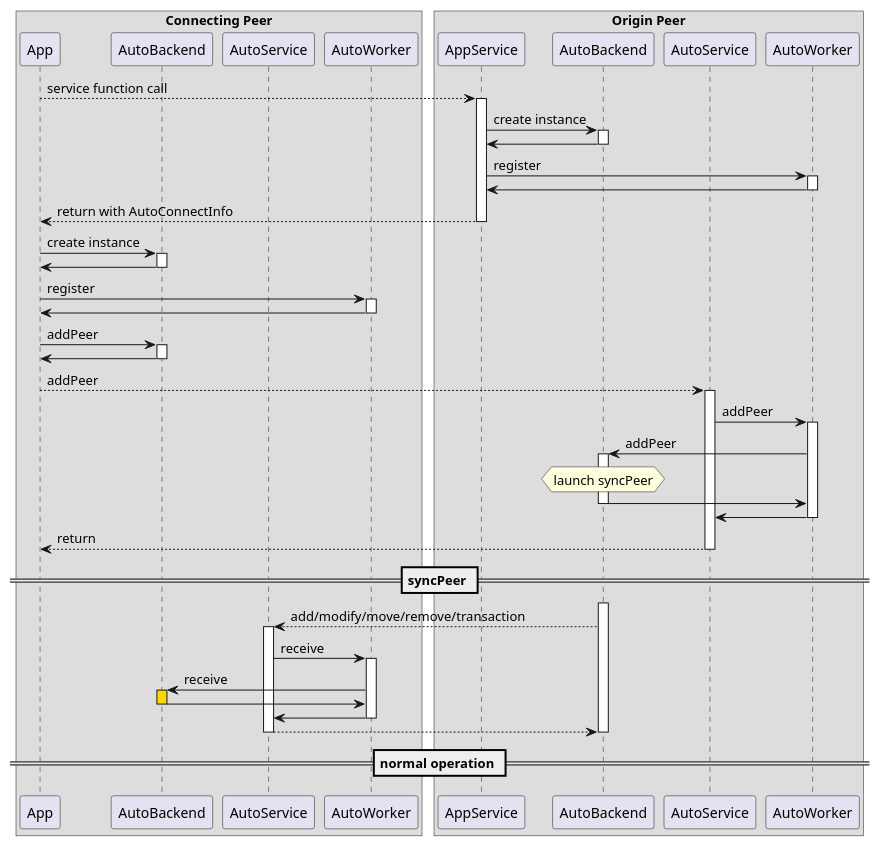
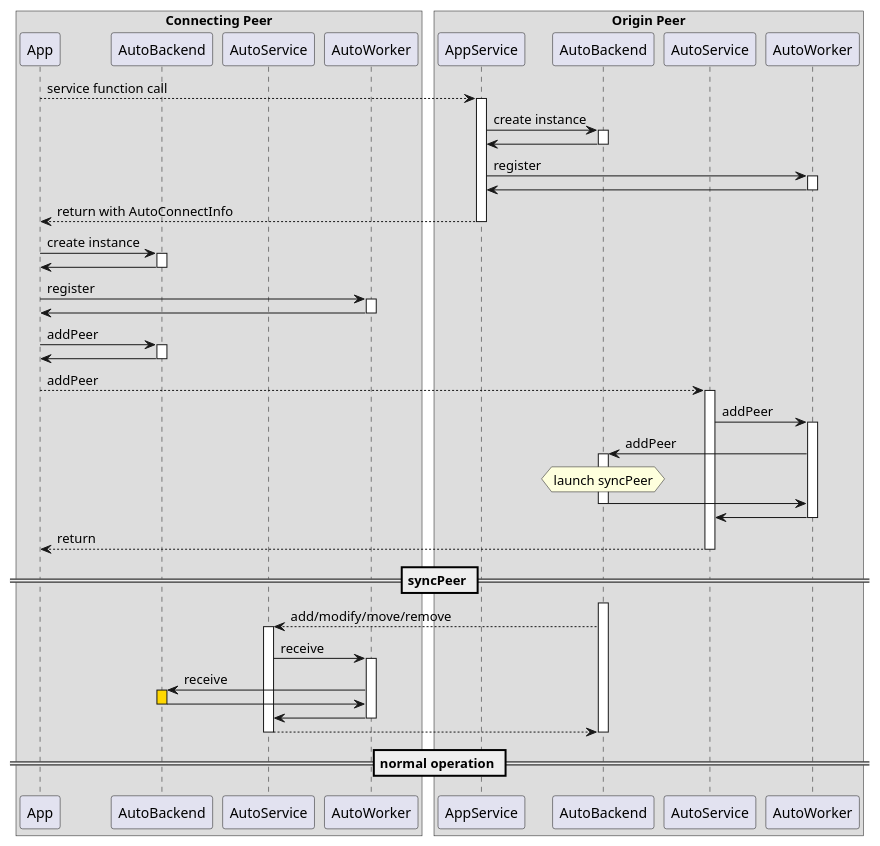
Before and after one commit to spxbhuhb/adaptive: the diagram in doc/auto/connect.puml, drawn with PlantUML. The commit also changed 22 other files, not shown here.

```diff
--- a/doc/auto/connect.puml
+++ b/doc/auto/connect.puml
@@ -1,84 +1,84 @@
 @startuml
 !pragma teoz true
 
 box Connecting Peer
 participant App as c.app
 participant AutoBackend as c.backend
 participant AutoService as c.service
 participant AutoWorker as c.worker
 endbox
 
 box Origin Peer
 participant AppService as o.app.service
 participant AutoBackend as o.backend
 
 participant "AutoService" as o.service
 participant "AutoWorker" as o.worker
 endbox
 
 c.app --> o.app.service : service function call
 activate o.app.service
 
 o.app.service -> o.backend : create instance
 activate o.backend
 o.backend -> o.app.service
 deactivate o.backend
 
 o.app.service -> o.worker : register
 activate o.worker
 o.worker -> o.app.service
 deactivate o.worker
 o.app.service --> c.app : return with AutoConnectInfo
 deactivate o.app.service
 
 c.app -> c.backend : create instance
 activate c.backend
 c.backend -> c.app
 deactivate c.backend
 
 c.app -> c.worker : register
 activate c.worker
 c.worker -> c.app
 deactivate c.worker
 
 c.app -> c.backend : addPeer
 activate c.backend
 c.backend -> c.app
 deactivate c.backend
 
 c.app --> o.service : addPeer
 activate o.service
 o.service -> o.worker : addPeer
 activate o.worker
 o.worker -> o.backend : addPeer
 activate o.backend
 hnote over o.backend : launch syncPeer
 o.backend -> o.worker
 deactivate o.backend
 o.worker -> o.service
 deactivate o.worker
 o.service --> c.app : return
 deactivate o.service
 
 == syncPeer ==
 
 activate o.backend
-o.backend --> c.service : add/modify/move/remove/transaction
+o.backend --> c.service : add/modify/move/remove
 activate c.service
 
 c.service -> c.worker : receive
 activate c.worker
 
 c.worker -> c.backend : receive
 activate c.backend #gold
 c.backend -> c.worker
 deactivate c.backend #gold
 
 c.worker -> c.service
 deactivate c.worker
 c.service --> o.backend
 deactivate c.service
 deactivate o.backend
 
 == normal operation ==
 @enduml
```
